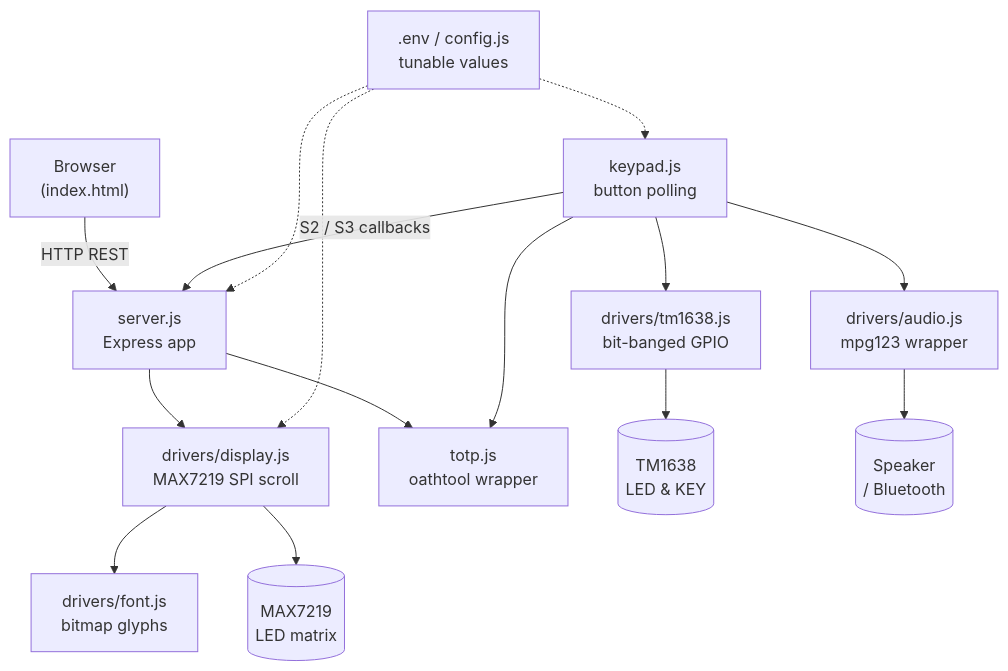
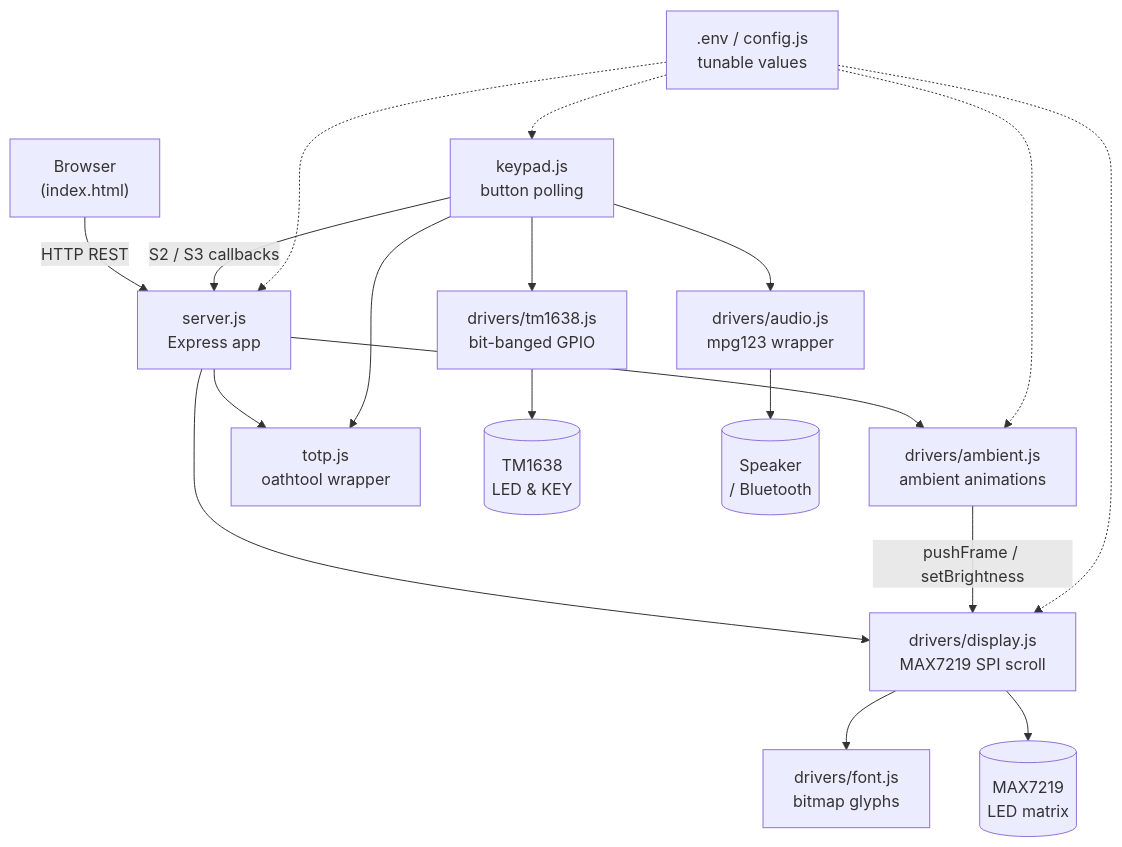
Before and after one commit to oleksiisedun/rpi-dashboard: the diagram in README.md, drawn with Mermaid. The commit also changed other lines of this file and 1 other file, not shown here.

First line of the commit message:
Document ambient mode in CLAUDE.md and README

````diff
--- a/README.md
+++ b/README.md
@@ -251,21 +255,24 @@
 ```mermaid
 graph TD
   Browser["Browser\n(index.html)"] -->|HTTP REST| Server["server.js\nExpress app"]
 
   Server --> Display["drivers/display.js\nMAX7219 SPI scroll"]
+  Server --> Ambient["drivers/ambient.js\nambient animations"]
   Server --> TOTP["totp.js\noathtool wrapper"]
 
   Keypad["keypad.js\nbutton polling"] --> TM["drivers/tm1638.js\nbit-banged GPIO"]
   Keypad --> TOTP
   Keypad -->|S2 / S3 callbacks| Server
   Keypad --> Audio["drivers/audio.js\nmpg123 wrapper"]
 
   Display --> Font["drivers/font.js\nbitmap glyphs"]
   Display --> HW1[("MAX7219\nLED matrix")]
+  Ambient -->|pushFrame / setBrightness| Display
   TM --> HW2[("TM1638\nLED & KEY")]
   Audio --> HW3[("Speaker\n/ Bluetooth")]
 
   Config[".env / config.js\ntunable values"] -.-> Server
   Config -.-> Keypad
   Config -.-> Display
+  Config -.-> Ambient
 ```
````
